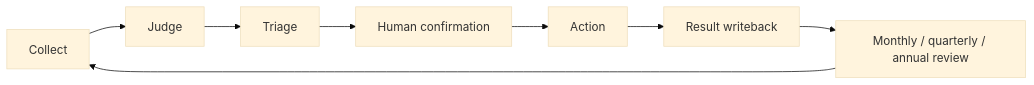
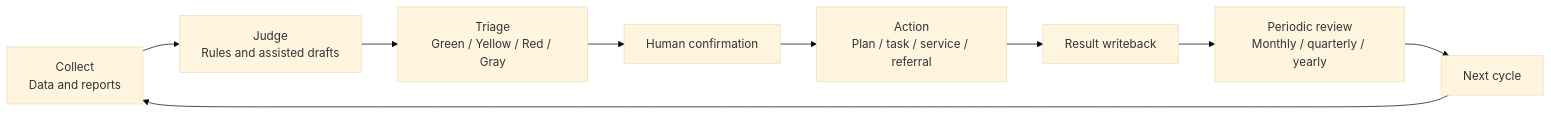
One commit to KaedeharaT/executive-healthops changed the first of 2 diagrams in README.md. Above: the diagram before and after it, drawn with Mermaid (base theme). The commit also changed other lines of this file and 4 other files, not shown here.

````diff
--- a/README.md
+++ b/README.md
@@ -26,10 +24,11 @@
 ```mermaid
 flowchart LR
-    A[Collect] --> B[Judge]
-    B --> C[Triage]
+    A[Collect<br/>Data and reports] --> B[Judge<br/>Rules and assisted drafts]
+    B --> C[Triage<br/>Green / Yellow / Red / Gray]
     C --> D[Human confirmation]
-    D --> E[Action]
+    D --> E[Action<br/>Plan / task / service / referral]
     E --> F[Result writeback]
-    F --> G[Monthly / quarterly / annual review]
-    G --> A
+    F --> G[Periodic review<br/>Monthly / quarterly / yearly]
+    G --> H[Next cycle]
+    H --> A
 ```
````
